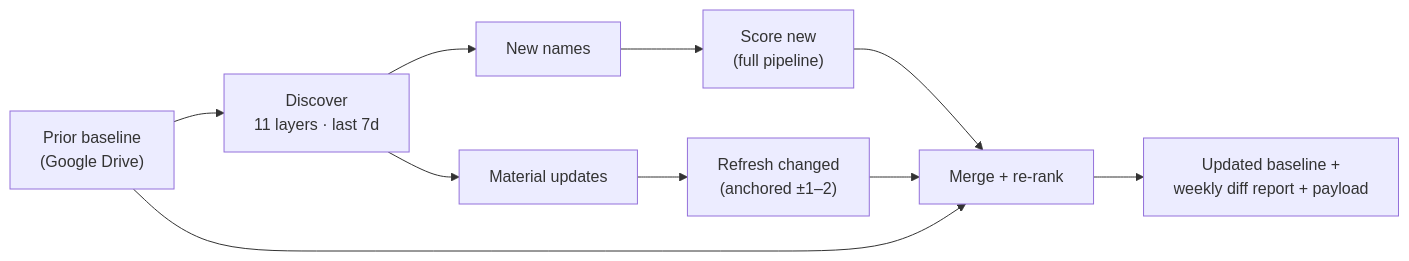
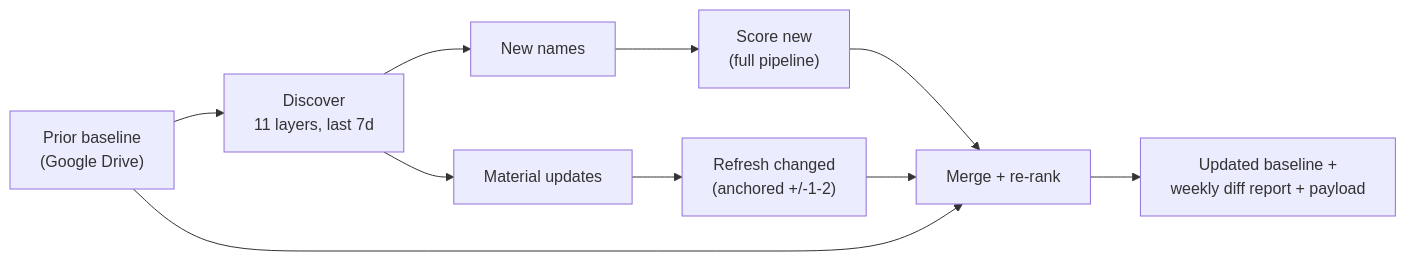
The second of 3 diagrams in README.md (alanvaa06/ai-value-chain-tracker), drawn with Mermaid before and after one commit. The commit also changed other lines of this file, not shown here.

````diff
--- a/README.md
+++ b/README.md
@@ -81,12 +82,12 @@
 ```mermaid
 flowchart LR
-  P["Prior baseline<br/>(Google Drive)"] --> D["Discover<br/>11 layers · last 7d"]
+  P["Prior baseline<br/>(Google Drive)"] --> D["Discover<br/>11 layers, last 7d"]
   D --> N["New names"]
   D --> U["Material updates"]
   N --> S["Score new<br/>(full pipeline)"]
-  U --> R["Refresh changed<br/>(anchored ±1–2)"]
+  U --> R["Refresh changed<br/>(anchored +/-1-2)"]
   S --> M["Merge + re-rank"]
   R --> M
   P --> M
   M --> O["Updated baseline +<br/>weekly diff report + payload"]
 ```
````
